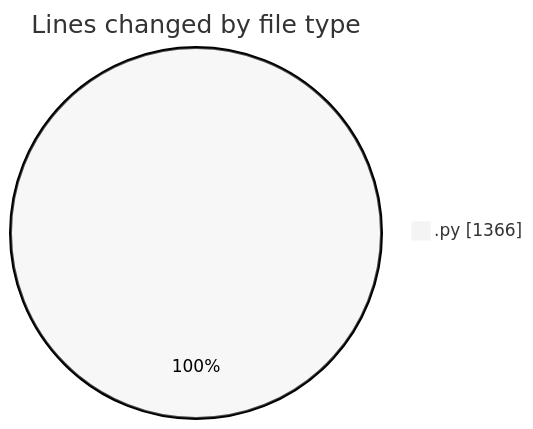
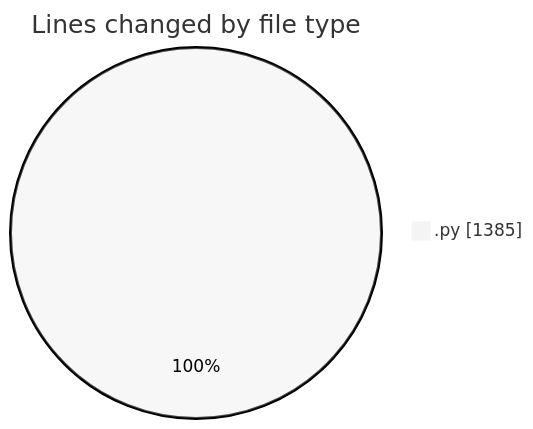
Before and after one commit to julien-gomy/code-tracking: the first of 2 diagrams in 2025-11-23/eventscop-api-guide__workspace_/README.md, drawn with Mermaid (neutral theme). The commit also changed other lines of this file and 1 other file, not shown here.

````diff
--- a/2025-11-23/eventscop-api-guide__workspace_/README.md
+++ b/2025-11-23/eventscop-api-guide__workspace_/README.md
@@ -30,5 +30,5 @@
 ```mermaid
 pie showData
 title Lines changed by file type
-".py" : 1366
+".py" : 1385
 ```
````
